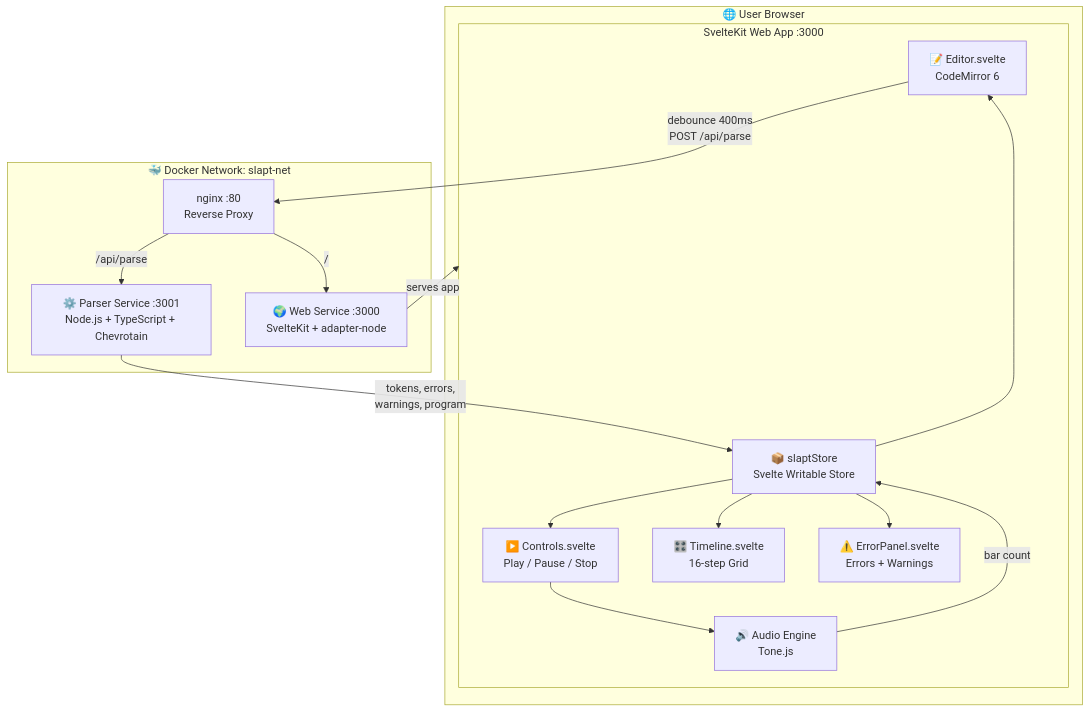
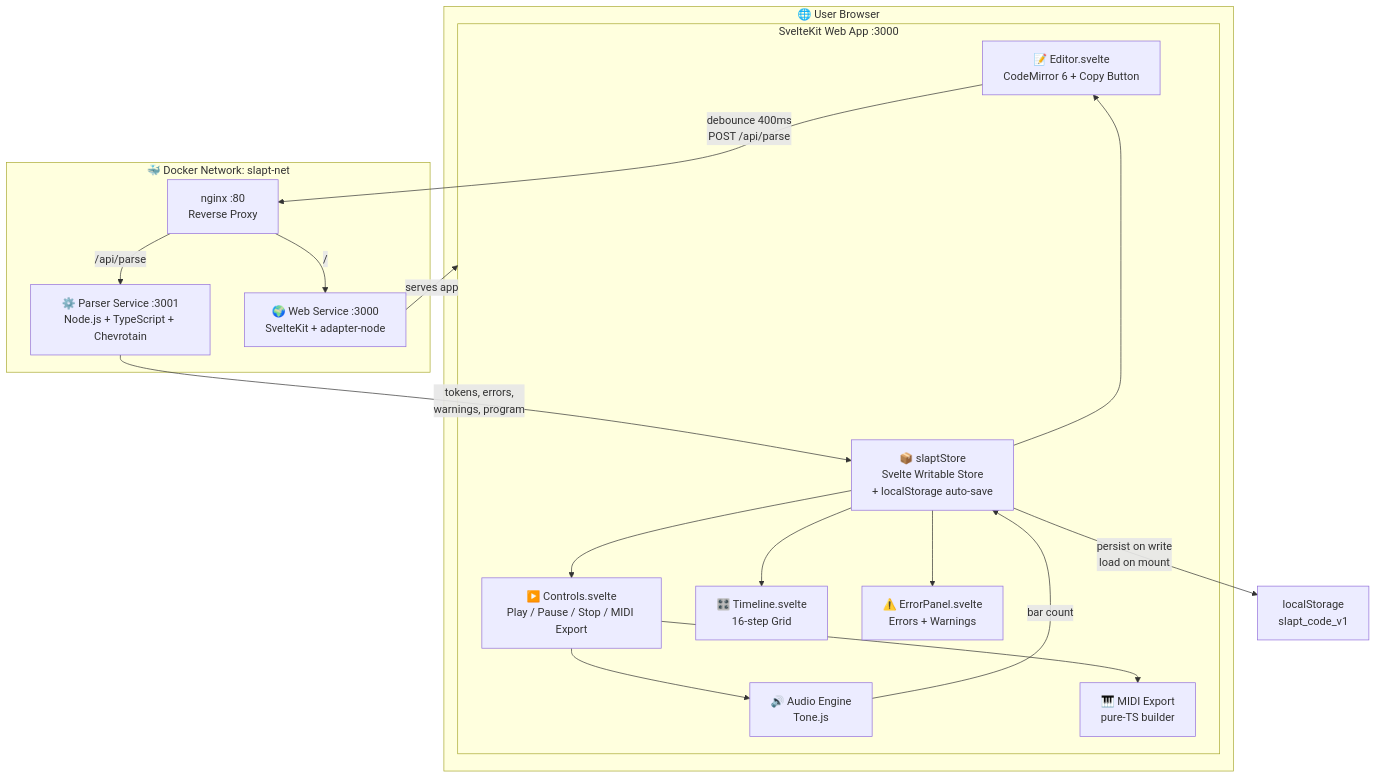
The first of 8 diagrams in docs/DOCUMENTATION.md (souvik03-136/SLAPT), drawn with Mermaid before and after one commit. The commit also changed other lines of this file and 13 other files, not shown here.

First line of the commit message:
feat: add time signature support, open hi-hat syntax, MIDI export, and auto-save

````diff
--- a/docs/DOCUMENTATION.md
+++ b/docs/DOCUMENTATION.md
@@ -36,31 +36,34 @@
 ```mermaid
 graph TB
     subgraph BROWSER["🌐 User Browser"]
         subgraph WEBAPP["SvelteKit Web App :3000"]
-            EDITOR["📝 Editor.svelte\nCodeMirror 6"]
-            CONTROLS["▶️ Controls.svelte\nPlay / Pause / Stop"]
+            EDITOR["📝 Editor.svelte\nCodeMirror 6 + Copy Button"]
+            CONTROLS["▶️ Controls.svelte\nPlay / Pause / Stop / MIDI Export"]
             TIMELINE["🎛️ Timeline.svelte\n16-step Grid"]
             ERRORPANEL["⚠️ ErrorPanel.svelte\nErrors + Warnings"]
-            STORE["📦 slaptStore\nSvelte Writable Store"]
+            STORE["📦 slaptStore\nSvelte Writable Store\n+ localStorage auto-save"]
             AUDIO["🔊 Audio Engine\nTone.js"]
+            MIDI["🎹 MIDI Export\npure-TS builder"]
         end
     end
 
     subgraph DOCKER["🐳 Docker Network: slapt-net"]
         NGINX["nginx :80\nReverse Proxy"]
         PARSER["⚙️ Parser Service :3001\nNode.js + TypeScript + Chevrotain"]
         WEB_SVC["🌍 Web Service :3000\nSvelteKit + adapter-node"]
     end
 
     EDITOR -->|"debounce 400ms\nPOST /api/parse"| NGINX
     NGINX -->|"/api/parse"| PARSER
     NGINX -->|"/"| WEB_SVC
     WEB_SVC -->|"serves app"| WEBAPP
     PARSER -->|"tokens, errors,\nwarnings, program"| STORE
     STORE --> EDITOR
     STORE --> CONTROLS
     STORE --> TIMELINE
     STORE --> ERRORPANEL
     CONTROLS --> AUDIO
+    CONTROLS --> MIDI
     AUDIO -->|"bar count"| STORE
+    STORE -->|"persist on write\nload on mount"| LS["localStorage\nslapt_code_v1"]
 ```
````
